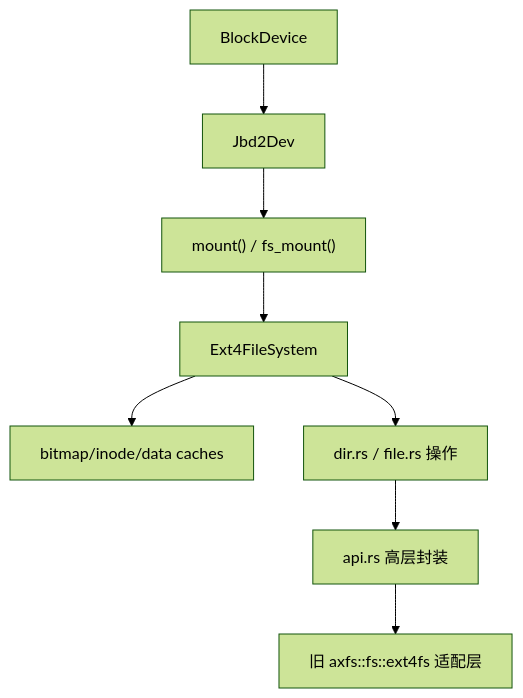
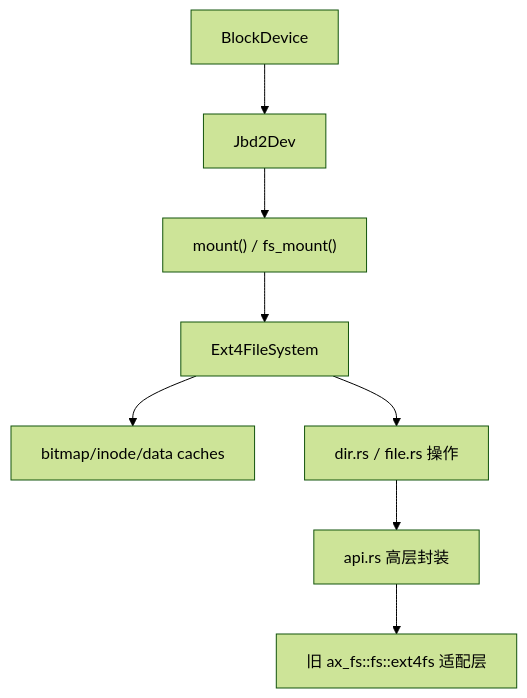
The first of 2 diagrams in docs/crates/rsext4.md (rcore-os/tgoskits), drawn with Mermaid (forest theme) before and after one commit. The commit also changed other lines of this file and 67 other files, not shown here.

````diff
--- a/docs/crates/rsext4.md
+++ b/docs/crates/rsext4.md
@@ -31,10 +31,10 @@
 ```mermaid
 flowchart TD
     A["BlockDevice"] --> B["Jbd2Dev"]
     B --> C["mount() / fs_mount()"]
     C --> D["Ext4FileSystem"]
     D --> E["bitmap/inode/data caches"]
     D --> F["dir.rs / file.rs 操作"]
     F --> G["api.rs 高层封装"]
-    G --> H["旧 axfs::fs::ext4fs 适配层"]
+    G --> H["旧 ax_fs::fs::ext4fs 适配层"]
 ```
````
